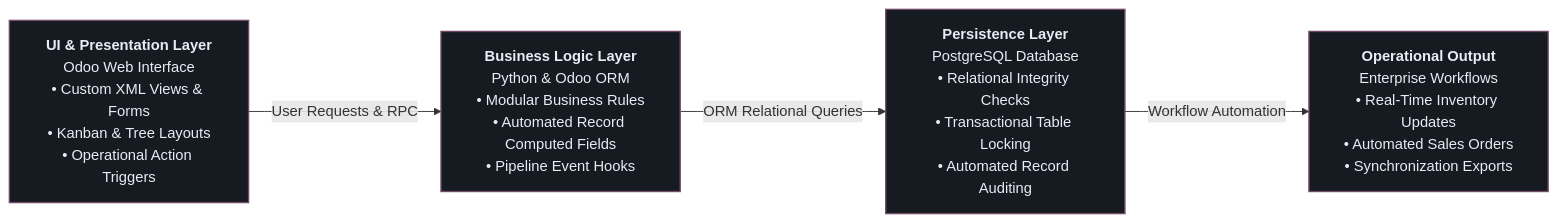
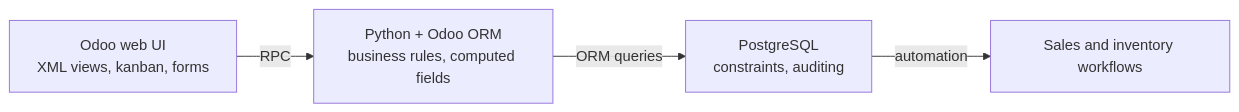
The third of 3 diagrams in README.md (Rorro101004/Rorro101004), drawn with Mermaid before and after one commit. The commit also changed other lines of this file and 9 other files, not shown here.

````diff
--- a/README.md
+++ b/README.md
@@ -143,9 +99,6 @@
 ```mermaid
 flowchart LR
-    A["<b>UI & Presentation Layer</b><br/>Odoo Web Interface<br/>• Custom XML Views & Forms<br/>• Kanban & Tree Layouts<br/>• Operational Action Triggers"]
-    -->|User Requests & RPC| B["<b>Business Logic Layer</b><br/>Python & Odoo ORM<br/>• Modular Business Rules<br/>• Automated Record Computed Fields<br/>• Pipeline Event Hooks"]
-    -->|ORM Relational Queries| C["<b>Persistence Layer</b><br/>PostgreSQL Database<br/>• Relational Integrity Checks<br/>• Transactional Table Locking<br/>• Automated Record Auditing"]
-    -->|Workflow Automation| D["<b>Operational Output</b><br/>Enterprise Workflows<br/>• Real-Time Inventory Updates<br/>• Automated Sales Orders<br/>• Synchronization Exports"]
-
-    classDef default fill:#161b22,stroke:#714B67,stroke-width:1.5px,color:#e6edf3;
+    A["Odoo web UI<br/>XML views, kanban, forms"] -->|RPC| B["Python + Odoo ORM<br/>business rules, computed fields"]
+    B -->|ORM queries| C["PostgreSQL<br/>constraints, auditing"]
+    C -->|automation| D["Sales and inventory workflows"]
 ```
````
